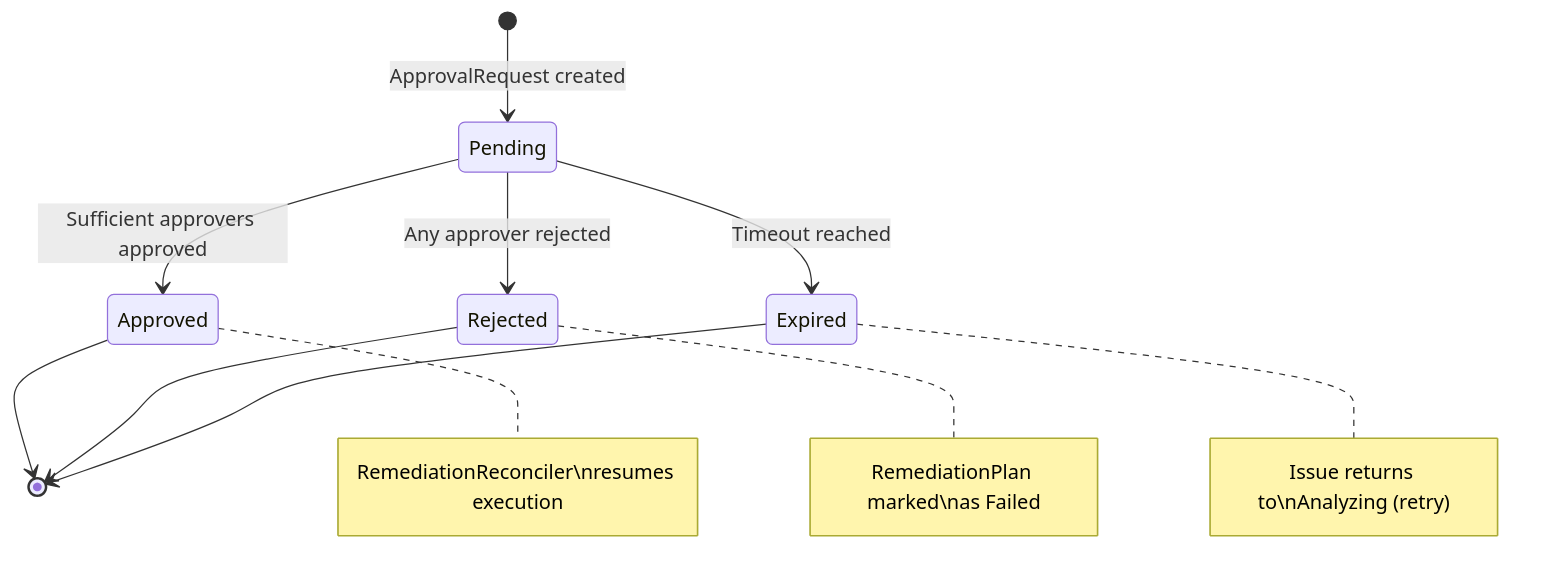
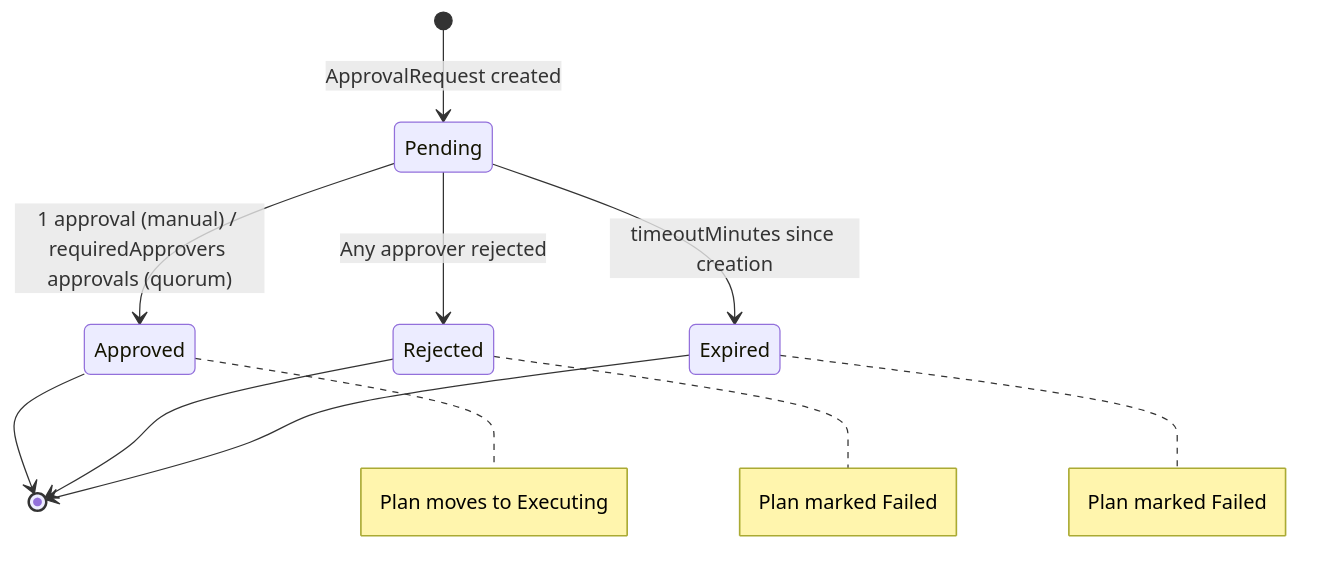
Before and after one commit to diillson/chatcli.ai: the second of 3 diagrams in features/aiops/approval-workflow.mdx, drawn with Mermaid. The commit also changed other lines of this file and 126 other files, not shown here.

````diff
--- a/features/aiops/approval-workflow.mdx
+++ b/features/aiops/approval-workflow.mdx
@@ -342,14 +302,14 @@
 ```mermaid
 stateDiagram-v2
     [*] --> Pending : ApprovalRequest created
-    Pending --> Approved : Sufficient approvers approved
+    Pending --> Approved : 1 approval (manual) / requiredApprovers approvals (quorum)
     Pending --> Rejected : Any approver rejected
-    Pending --> Expired : Timeout reached
+    Pending --> Expired : timeoutMinutes since creation
     Approved --> [*]
     Rejected --> [*]
     Expired --> [*]
 
-    note right of Approved : RemediationReconciler\nresumes execution
-    note right of Rejected : RemediationPlan marked\nas Failed
-    note right of Expired : Issue returns to\nAnalyzing (retry)
+    note right of Approved : Plan moves to Executing
+    note right of Rejected : Plan marked Failed
+    note right of Expired : Plan marked Failed
 ```
````
